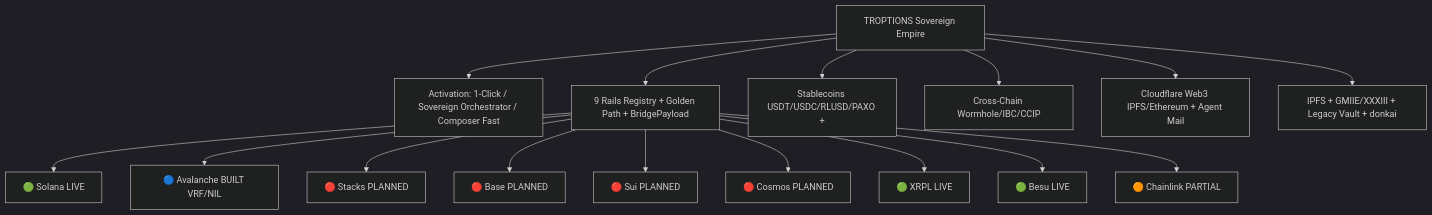
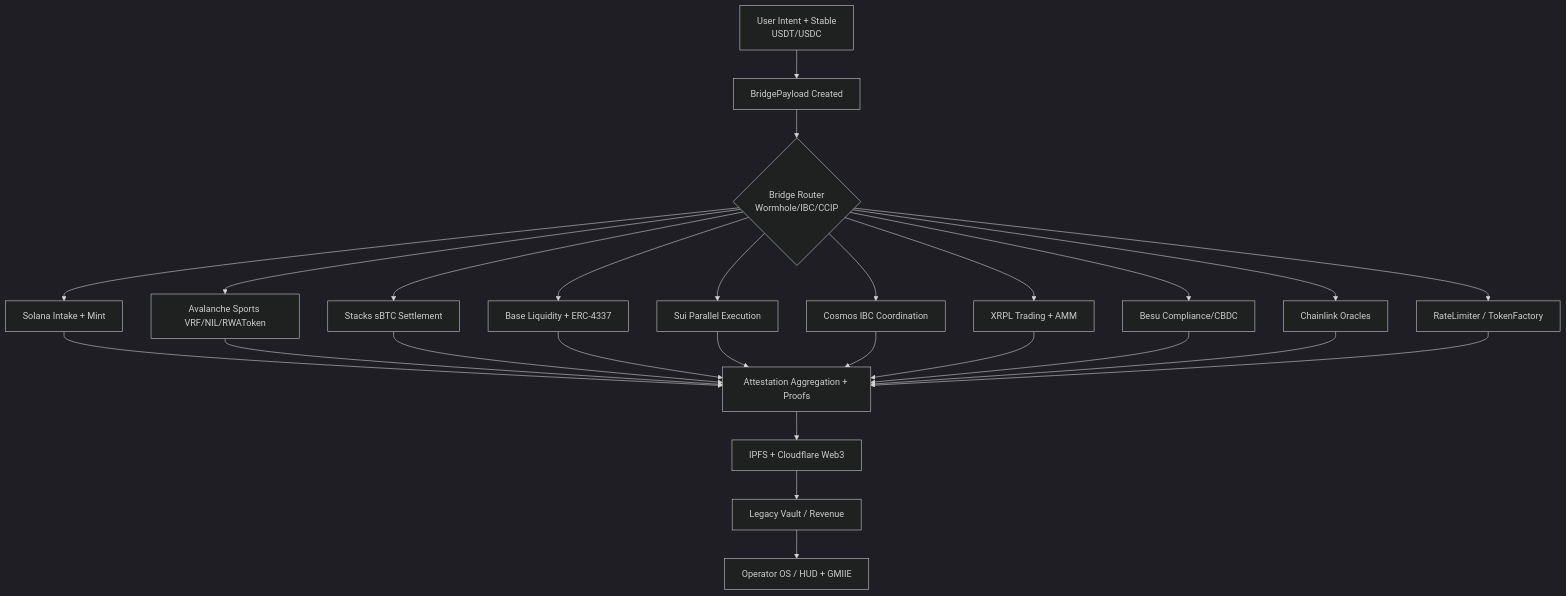
The first of 5 diagrams in README.md (FTHTrading/troptions-rails), drawn with Mermaid (dark theme) before and after one commit. The commit also changed other lines of this file and 1 other file, not shown here.

Commit message:
fix(mermaid): replace broken diagrams in Flow Trees section with user-provided clean, GitHub-compatible flowchart versions (no parse errors on parens, slashes, labels). Also add .nojekyll to stabilize GitHub Pages deploys from /docs. Update status notes.

````diff
--- a/README.md
+++ b/README.md
@@ -122,19 +122,19 @@
 ```mermaid
 flowchart TD
-    Root[TROPTIONS Sovereign Empire]
-    Root --> Activation[Activation: 1-Click / Sovereign Orchestrator / Composer Fast]
-    Root --> Rails[9 Rails Registry + Golden Path + BridgePayload]
-    Rails --> R1[🟢 Solana LIVE]
-    Rails --> R2[🔵 Avalanche BUILT VRF/NIL]
-    Rails --> R3[🔴 Stacks PLANNED]
-    Rails --> R4[🔴 Base PLANNED]
-    Rails --> R5[🔴 Sui PLANNED]
-    Rails --> R6[🔴 Cosmos PLANNED]
-    Rails --> R7[🟢 XRPL LIVE]
-    Rails --> R8[🟢 Besu LIVE]
-    Rails --> R9[🟠 Chainlink PARTIAL]
-    Root --> Stables[Stablecoins USDT/USDC/RLUSD/PAXO +]
-    Root --> Cross[Cross-Chain Wormhole/IBC/CCIP]
-    Root --> Web3[Cloudflare Web3 IPFS/Ethereum + Agent Mail]
-    Root --> Proof[IPFS + GMIIE/XXXIII + Legacy Vault + donkai]
+    A[User Intent + Stable<br/>USDT/USDC] --> B[BridgePayload Created]
+    B --> C{Bridge Router<br/>Wormhole/IBC/CCIP}
+    C --> D[Solana Intake + Mint]
+    C --> E[Avalanche Sports VRF/NIL/RWAToken]
+    C --> F[Stacks sBTC Settlement]
+    C --> G[Base Liquidity + ERC-4337]
+    C --> H[Sui Parallel Execution]
+    C --> I[Cosmos IBC Coordination]
+    C --> J[XRPL Trading + AMM]
+    C --> K[Besu Compliance/CBDC]
+    C --> L[Chainlink Oracles]
+    C --> M[RateLimiter / TokenFactory]
+    D & E & F & G & H & I & J & K & L & M --> N[Attestation Aggregation + Proofs]
+    N --> O[IPFS + Cloudflare Web3]
+    O --> P[Legacy Vault / Revenue]
+    P --> Q[Operator OS / HUD + GMIIE]
 ```
````
